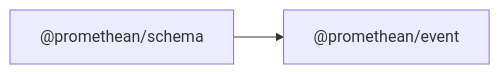
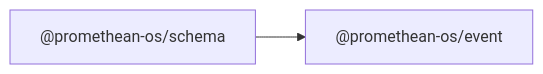
Before and after one commit to octave-commons/promethean: the diagram in docs/packages/schema/README.md, drawn with Mermaid. The commit also changed other lines of this file and 1753 other files, not shown here.

````diff
--- a/docs/packages/schema/README.md
+++ b/docs/packages/schema/README.md
@@ -14,7 +14,7 @@
 ```mermaid
 graph LR
-  A["@promethean/schema"]
-  D1["@promethean/event"]
-  A --> D1["@promethean/event"]
-  click D1 "../event/README.md" "@promethean/event"
+  A["@promethean-os/schema"]
+  D1["@promethean-os/event"]
+  A --> D1["@promethean-os/event"]
+  click D1 "../event/README.md" "@promethean-os/event"
 ```
````
